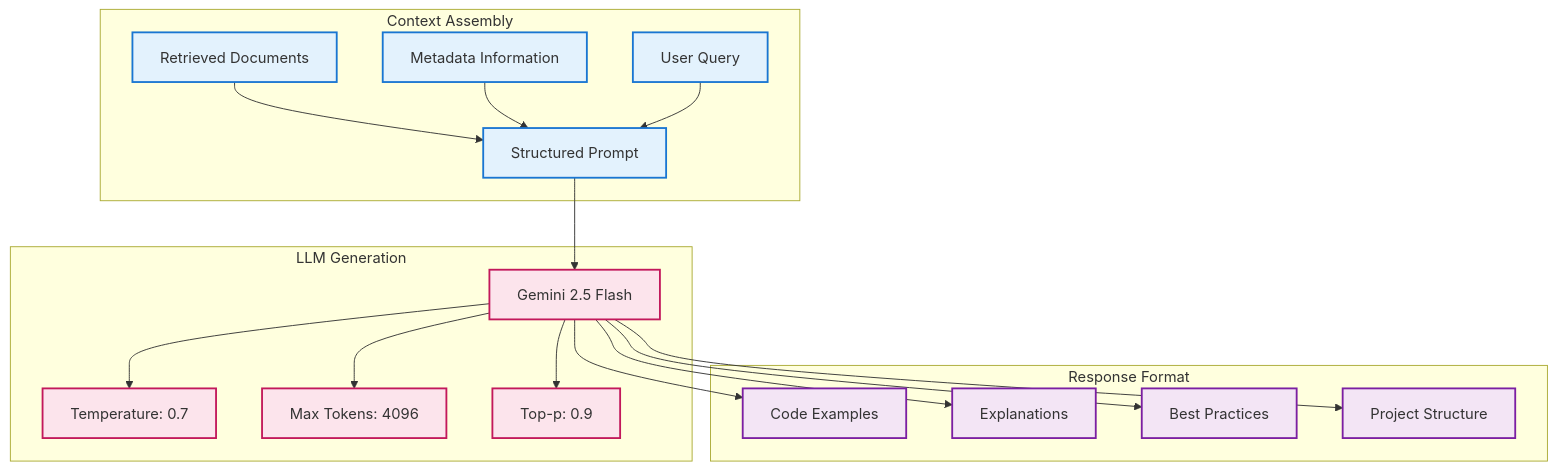
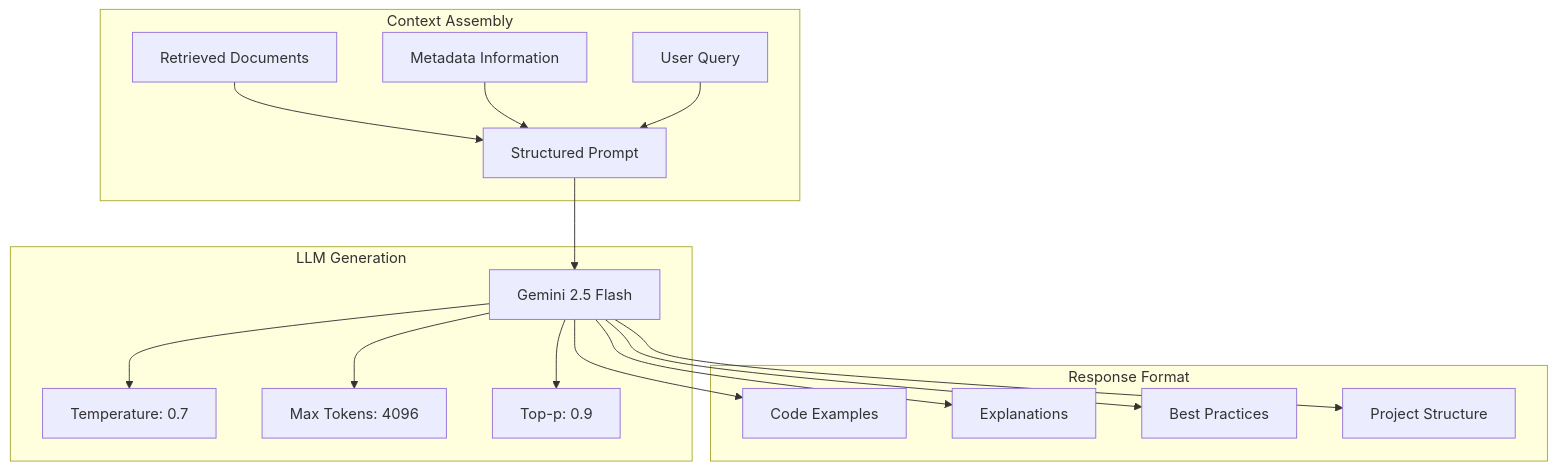
The fourth of 4 diagrams in RAG_APPROACH_DIAGRAM.md (Quantum3-Labs/icp-coder), drawn with Mermaid before and after one commit. The commit also changed other lines of this file and 5 other files, not shown here.

Commit message:
Refactor RAG approach diagrams for clarity and GitHub compatibility; update API authentication to require API key for context retrieval; enhance motoko_samples_ingester.py to specifically handle mops.toml files.

````diff
--- a/RAG_APPROACH_DIAGRAM.md
+++ b/RAG_APPROACH_DIAGRAM.md
@@ -123,43 +63,33 @@
 ```mermaid
 graph TB
     subgraph "Context Assembly"
-        C1[Retrieved Documents]
-        C2[Metadata Information]
-        C3[User Query]
-        C4[Structured Prompt]
+        C1["Retrieved Documents"]
+        C2["Metadata Information"]
+        C3["User Query"]
+        C4["Structured Prompt"]
     end
-    
     subgraph "LLM Generation"
-        D1[Gemini 2.5 Flash]
-        D2[Temperature: 0.7]
-        D3[Max Tokens: 4096]
-        D4[Top-p: 0.9]
+        D1["Gemini 2.5 Flash"]
+        D2["Temperature: 0.7"]
+        D3["Max Tokens: 4096"]
+        D4["Top-p: 0.9"]
     end
-    
     subgraph "Response Format"
-        E1[Code Examples]
-        E2[Explanations]
-        E3[Best Practices]
-        E4[Project Structure]
+        E1["Code Examples"]
+        E2["Explanations"]
+        E3["Best Practices"]
+        E4["Project Structure"]
     end
-    
     C1 --> C4
     C2 --> C4
     C3 --> C4
     C4 --> D1
     D1 --> D2
     D1 --> D3
     D1 --> D4
     D1 --> E1
     D1 --> E2
     D1 --> E3
     D1 --> E4
-    
-    classDef context fill:#e3f2fd,stroke:#1976d2,stroke-width:2px
-    classDef llm fill:#fce4ec,stroke:#c2185b,stroke-width:2px
-    classDef response fill:#f3e5f5,stroke:#7b1fa2,stroke-width:2px
-    
-    class C1,C2,C3,C4 context
-    class D1,D2,D3,D4 llm
-    class E1,E2,E3,E4 response
+    %% Styling removed for GitHub compatibility
 ```
````
